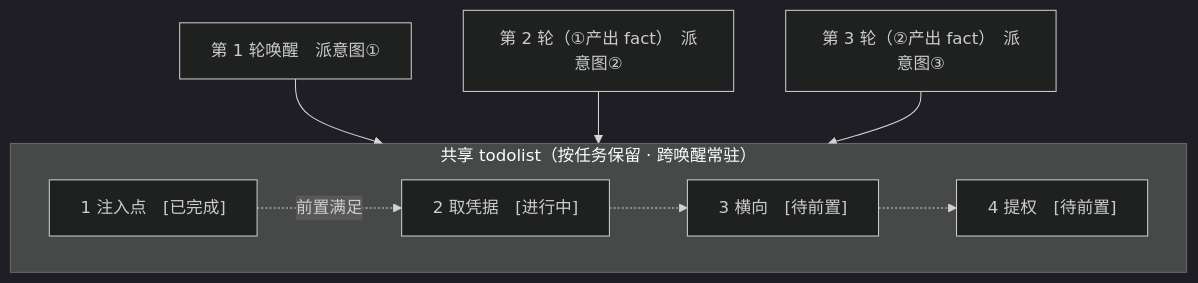
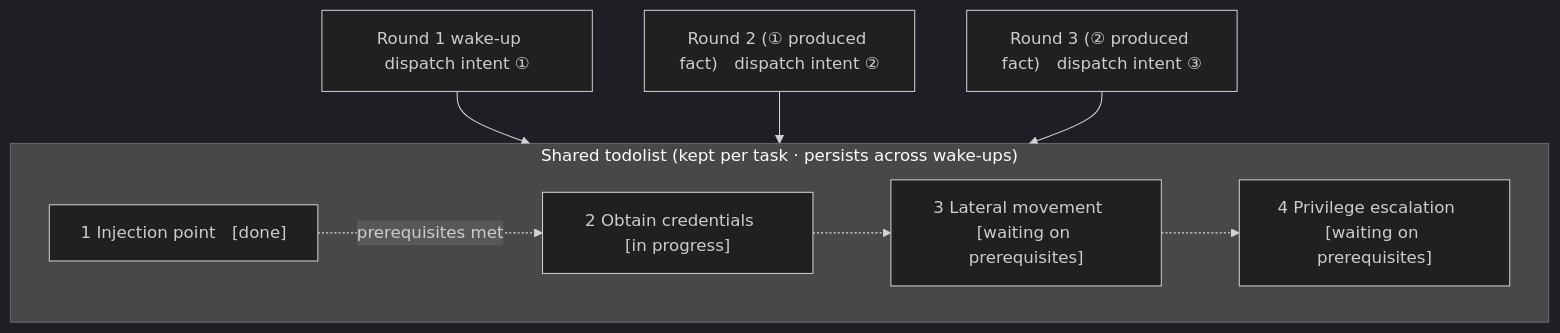
Before and after one commit to mokerenki/cautious-memory: the fifth of 5 diagrams in README.md, drawn with Mermaid (dark theme). The commit also changed other lines of this file, not shown here.

````diff
--- a/README.md
+++ b/README.md
@@ -436,14 +422,14 @@
 ```mermaid
 flowchart TB
-  subgraph TODO["共享 todolist（按任务保留 · 跨唤醒常驻）"]
+  subgraph TODO["Shared todolist (kept per task · persists across wake-ups)"]
     direction LR
-    T1["1 注入点　[已完成]"]
-    T2["2 取凭据　[进行中]"]
-    T3["3 横向　[待前置]"]
-    T4["4 提权　[待前置]"]
-    T1 -.前置满足.-> T2 -.-> T3 -.-> T4
+    T1["1 Injection point　[done]"]
+    T2["2 Obtain credentials　[in progress]"]
+    T3["3 Lateral movement　[waiting on prerequisites]"]
+    T4["4 Privilege escalation　[waiting on prerequisites]"]
+    T1 -.prerequisites met.-> T2 -.-> T3 -.-> T4
   end
-  R1["第 1 轮唤醒　派意图①"] --> T1
-  R2["第 2 轮（①产出 fact）　派意图②"] --> T2
-  R3["第 3 轮（②产出 fact）　派意图③"] --> T3
+  R1["Round 1 wake-up　dispatch intent ①"] --> T1
+  R2["Round 2 (① produced fact)　dispatch intent ②"] --> T2
+  R3["Round 3 (② produced fact)　dispatch intent ③"] --> T3
 ```
````
